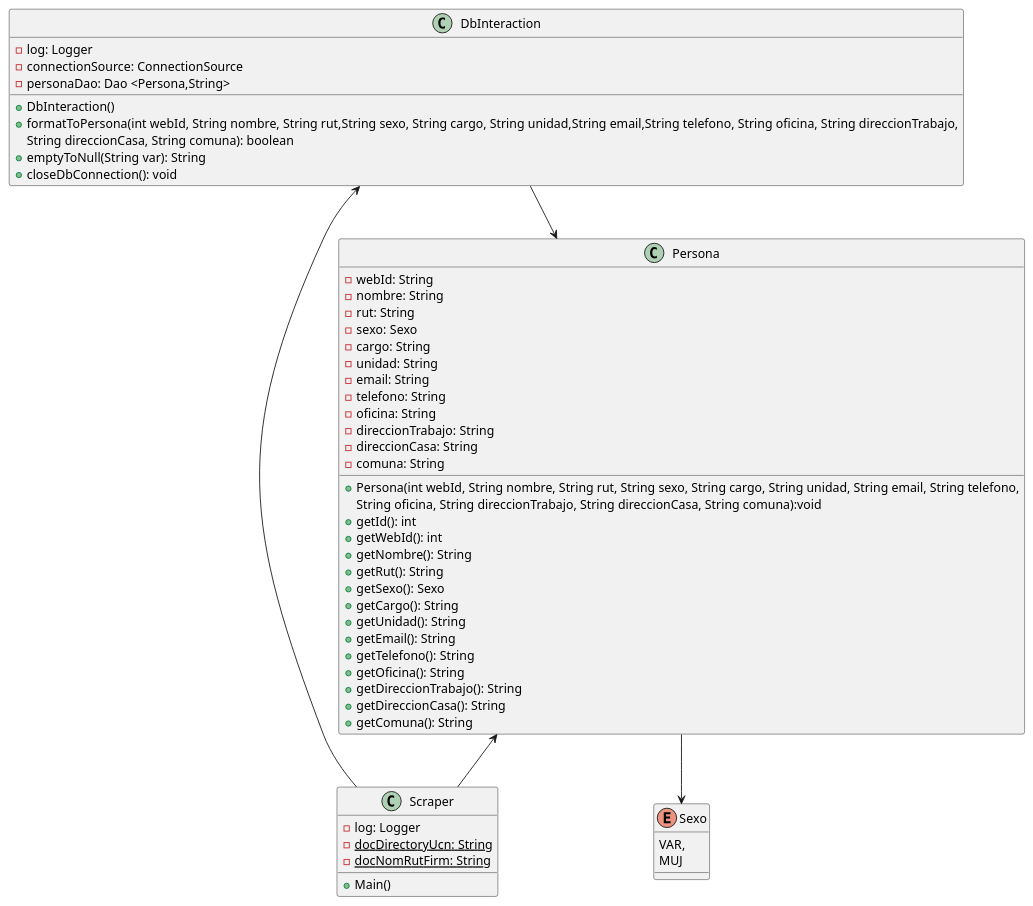
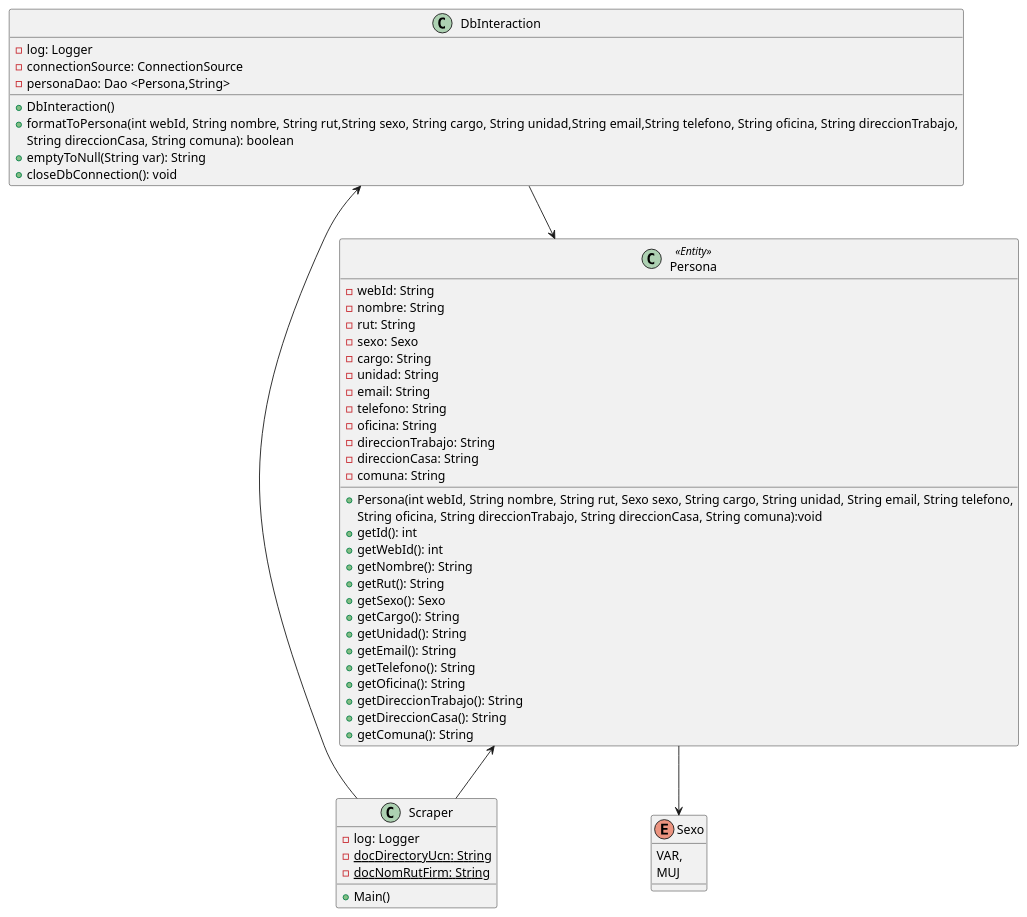
Before and after one commit to HyperCC/ParkingUCN: the diagram in Scraper/README.md, drawn with PlantUML.

Commit message:
docs(Scraper/README): update class diagram

```diff
--- a/Scraper/README.md
+++ b/Scraper/README.md
@@ -26,58 +26,58 @@
 @startuml
 class Scraper {
     -log: Logger
     {static} - docDirectoryUcn: String
     {static} - docNomRutFirm: String
     +Main()
 }
 
 class DbInteraction{
     -log: Logger
     -connectionSource: ConnectionSource
     -personaDao: Dao <Persona,String>
     
     +DbInteraction()
     +formatToPersona(int webId, String nombre, String rut,String sexo, String cargo, String unidad,String email,String telefono, String oficina, String direccionTrabajo,
     String direccionCasa, String comuna): boolean
     +emptyToNull(String var): String
     +closeDbConnection(): void
 }
-class Persona{
+class Persona <<Entity>>{
     -webId: String
     -nombre: String
     -rut: String
     -sexo: Sexo
     -cargo: String
     -unidad: String
     -email: String
     -telefono: String
     -oficina: String
     -direccionTrabajo: String
     -direccionCasa: String
     -comuna: String
-    +Persona(int webId, String nombre, String rut, String sexo, String cargo, String unidad, String email, String telefono, 
+    +Persona(int webId, String nombre, String rut, Sexo sexo, String cargo, String unidad, String email, String telefono, 
     String oficina, String direccionTrabajo, String direccionCasa, String comuna):void
     +getId(): int
     +getWebId(): int
     +getNombre(): String
     +getRut(): String
     +getSexo(): Sexo
     +getCargo(): String
     +getUnidad(): String
     +getEmail(): String
     +getTelefono(): String
     +getOficina(): String
     +getDireccionTrabajo(): String
     +getDireccionCasa(): String
     +getComuna(): String
 }
 enum Sexo{
     VAR,
     MUJ
 }
 
 Persona --> Sexo
 Persona <-- Scraper
 DbInteraction <-- Scraper
 DbInteraction --> Persona
 @enduml
```
